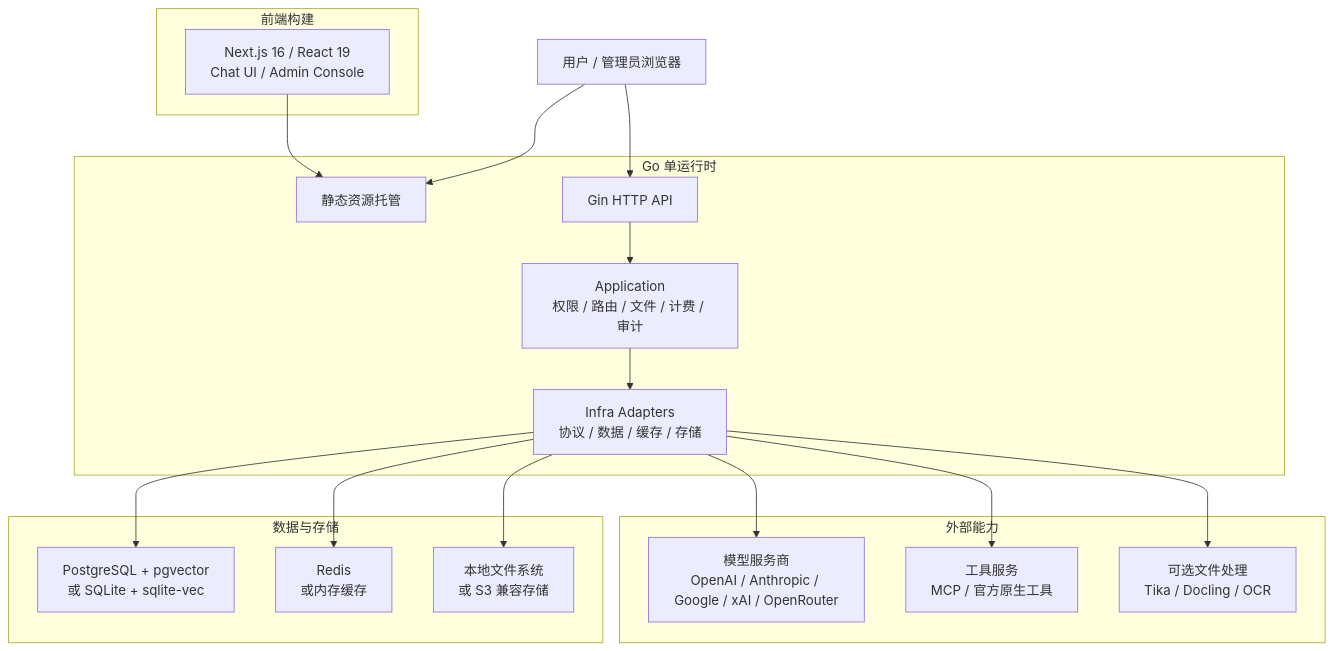
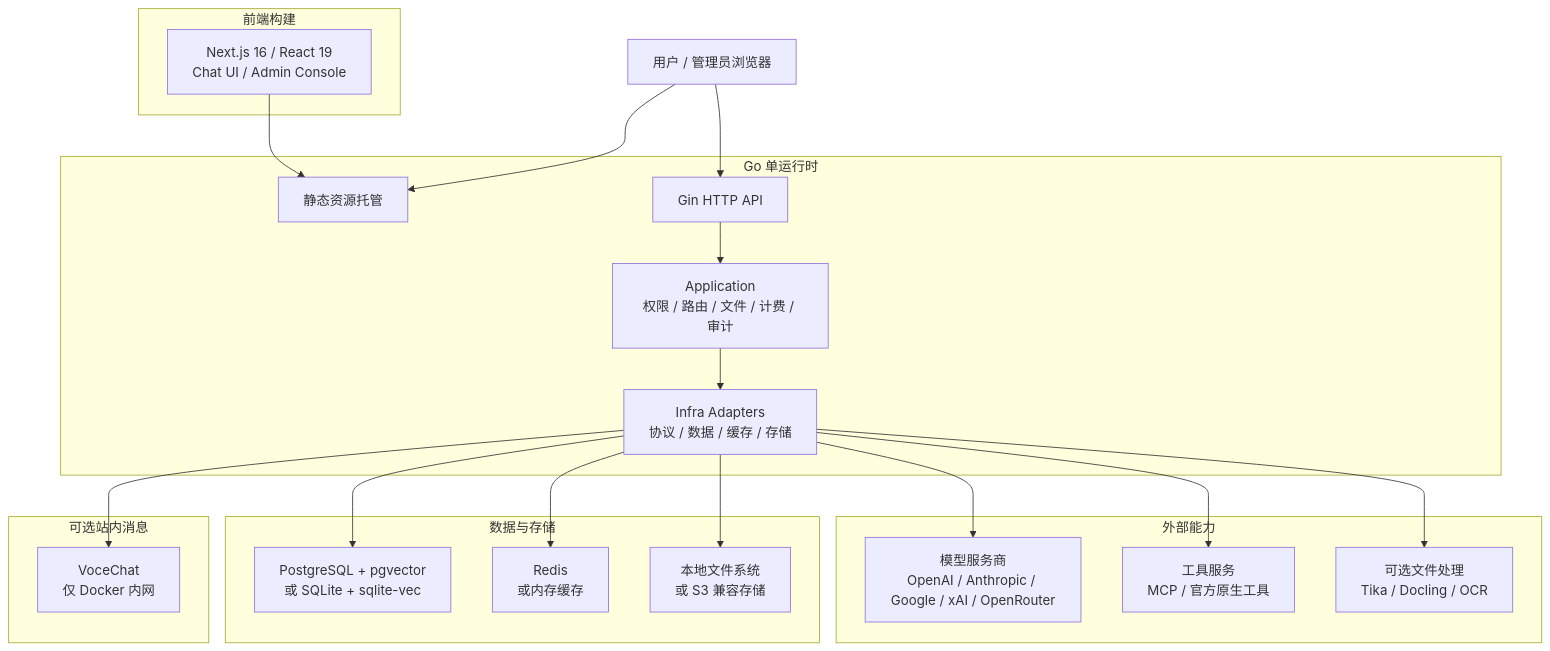
The diagram in docs/README.zh-CN.md (amaoworks/DEEIX-Chat), drawn with Mermaid before and after one commit. The commit also changed other lines of this file and 5 other files, not shown here.

````diff
--- a/docs/README.zh-CN.md
+++ b/docs/README.zh-CN.md
@@ -65,39 +66,44 @@
 ```mermaid
 flowchart TB
   Browser["用户 / 管理员浏览器"]
 
   subgraph Frontend["前端构建"]
     Web["Next.js 16 / React 19<br/>Chat UI / Admin Console"]
   end
 
   subgraph Backend["Go 单运行时"]
     Static["静态资源托管"]
     HTTP["Gin HTTP API"]
     App["Application<br/>权限 / 路由 / 文件 / 计费 / 审计"]
     Infra["Infra Adapters<br/>协议 / 数据 / 缓存 / 存储"]
   end
 
   subgraph External["外部能力"]
     Providers["模型服务商<br/>OpenAI / Anthropic / Google / xAI / OpenRouter"]
     Tools["工具服务<br/>MCP / 官方原生工具"]
     Extractors["可选文件处理<br/>Tika / Docling / OCR"]
   end
 
   subgraph Data["数据与存储"]
     DB["PostgreSQL + pgvector<br/>或 SQLite + sqlite-vec"]
     Cache["Redis<br/>或内存缓存"]
     Storage["本地文件系统<br/>或 S3 兼容存储"]
   end
 
+  subgraph Optional["可选站内消息"]
+    VoceChat["VoceChat<br/>仅 Docker 内网"]
+  end
+
   Web --> Static
   Browser --> Static
   Browser --> HTTP
   HTTP --> App
   App --> Infra
   Infra --> Providers
   Infra --> Tools
   Infra --> Extractors
   Infra --> DB
   Infra --> Cache
   Infra --> Storage
+  Infra --> VoceChat
 ```
````
